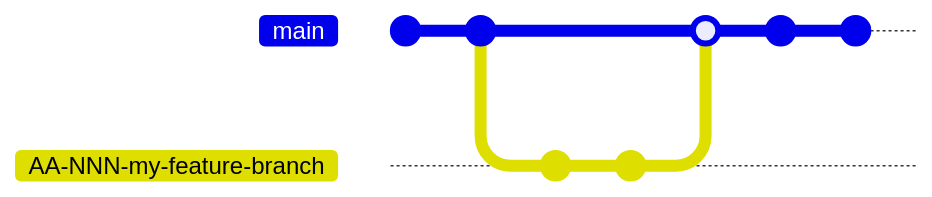
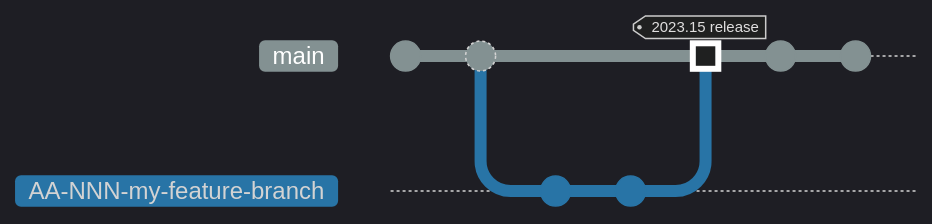
The first of 2 diagrams in README.md (HariSekhon/Diagrams-as-Code), drawn with Mermaid before and after one commit. The commit also changed other lines of this file, not shown here. Commit ids are hidden.

Commit message:
Moved GitHub Flow to top and added warning diagram about long-lived branches

````diff
--- a/README.md
+++ b/README.md
@@ -253,13 +133,26 @@
 ```mermaid
+%% https://mermaid.js.org/syntax/gitgraph.html#gitgraph-specific-configuration-options
+%% https://htmlcolorcodes.com/
+%%{ init: {
+        'logLevel': 'debug',
+        'theme': 'dark',
+        'themeVariables': {
+            'git0': '#839192',
+            'git1': '#2874A6',
+            'gitInv0': '#FFFFFF',
+            'gitBranchLabel0': '#FFFFFF'
+        }
+    }
+}%%
 gitGraph
     commit
-    commit
+    commit id: "branch"
     branch AA-NNN-my-feature-branch
     checkout AA-NNN-my-feature-branch
-    commit
-    commit
+    commit id: "add code"
+    commit id: "refine code"
     checkout main
-    merge AA-NNN-my-feature-branch
+    merge AA-NNN-my-feature-branch id: "merge PR" type: HIGHLIGHT tag: "2023.15 release"
     commit
     commit
 ```
````
